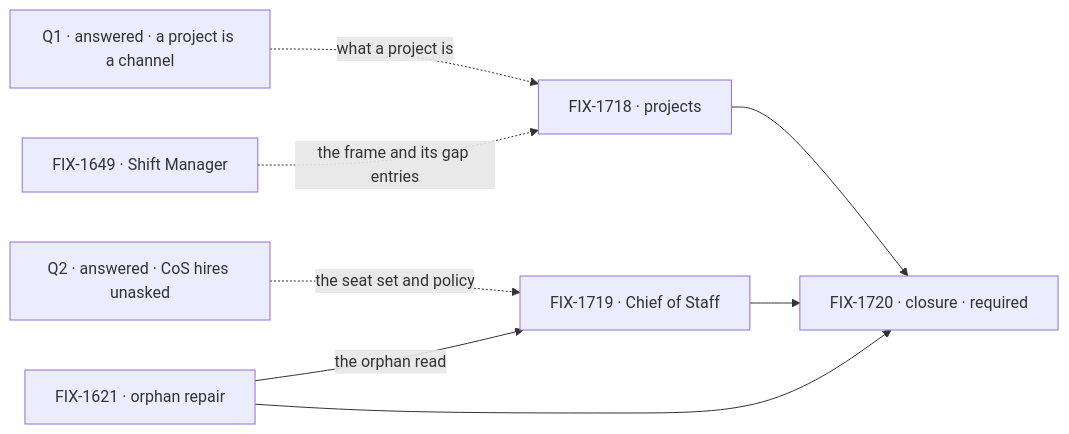
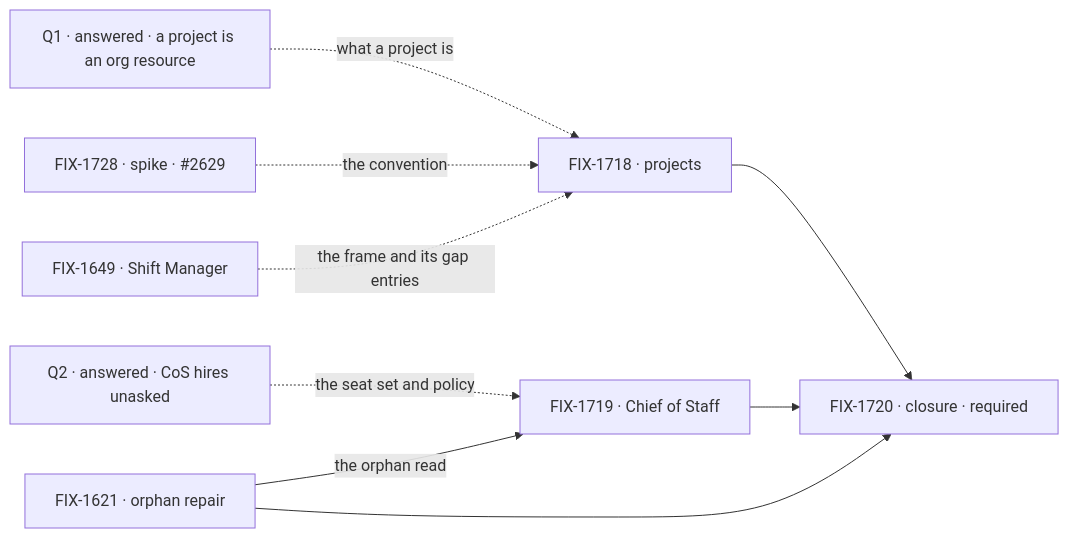
The second of 2 diagrams in specs/epics/FIX-1650/SPEC.md (fixpoint-labs/flow-state-dev), drawn with Mermaid before and after one commit. The commit also changed other lines of this file and 11 other files, not shown here.

First line of the commit message:
spec(epic): FIX-1650 amend — Q1: a project is an org resource with per-person talk channels

````diff
--- a/specs/epics/FIX-1650/SPEC.md
+++ b/specs/epics/FIX-1650/SPEC.md
@@ -81,10 +82,11 @@
 ```mermaid
 flowchart LR
-  Q["Q1 · answered · a project is a channel"] -.->|"what a project is"| A["FIX-1718 · projects"]
+  Q["Q1 · answered · a project is an org resource"] -.->|"what a project is"| A["FIX-1718 · projects"]
+  K["FIX-1728 · spike · #2629"] -.->|"the convention"| A
   Q2["Q2 · answered · CoS hires unasked"] -.->|"the seat set and policy"| B["FIX-1719 · Chief of Staff"]
   R["FIX-1621 · orphan repair"] -->|"the orphan read"| B
   A --> Z["FIX-1720 · closure · required"]
   R --> Z
   B --> Z
   S["FIX-1649 · Shift Manager"] -.->|"the frame and its gap entries"| A
 ```
````
